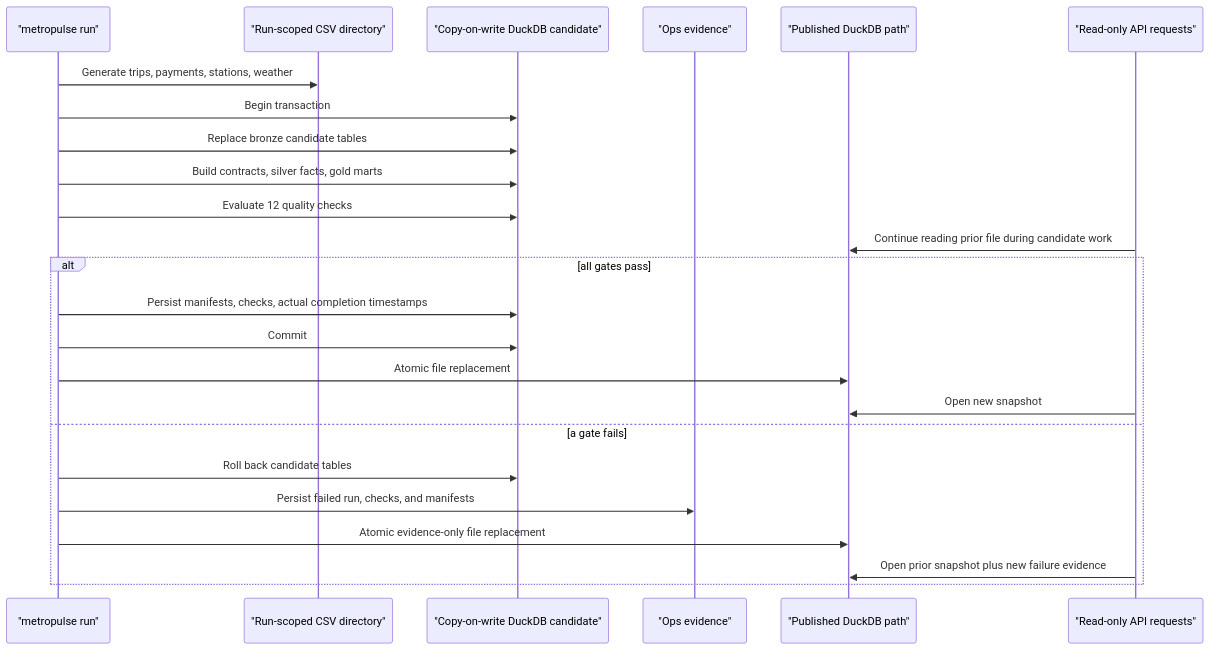
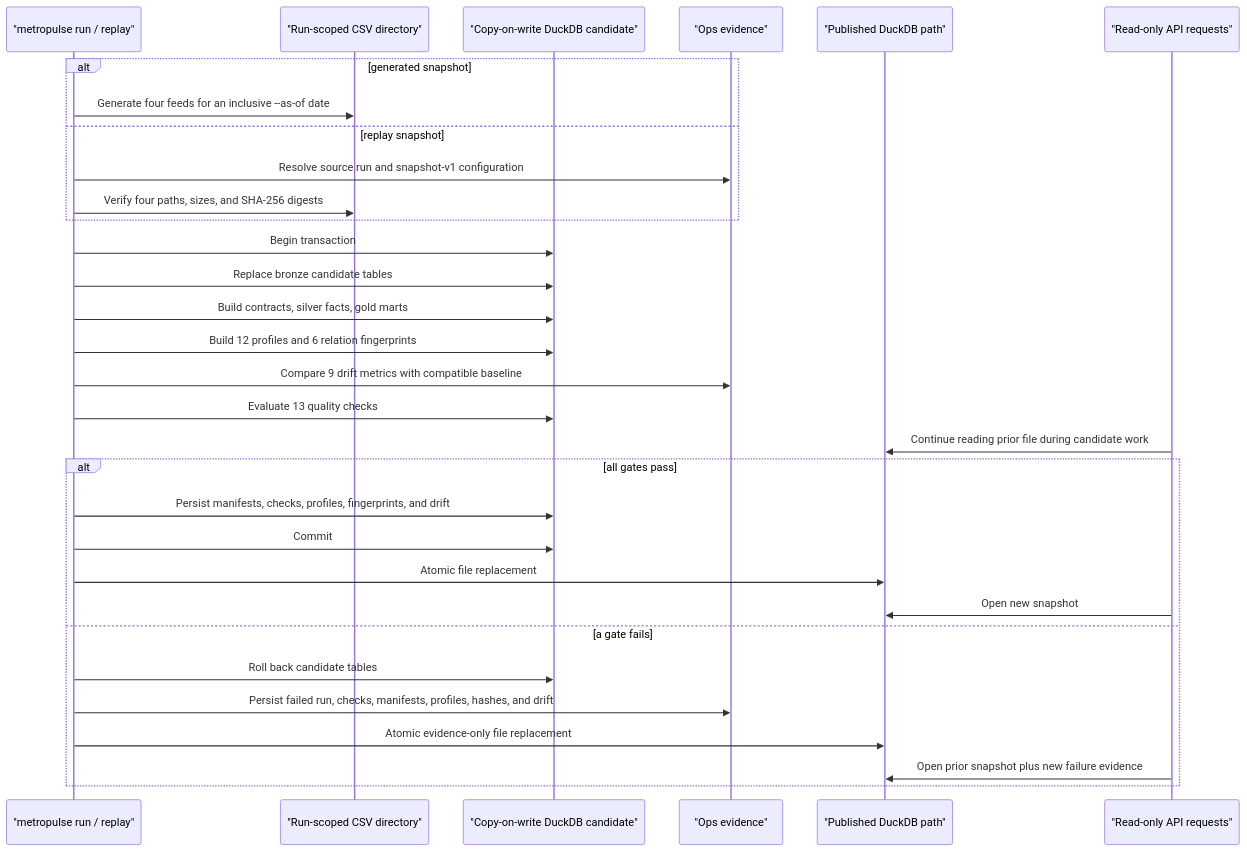
One commit to Yurii201811/metropulse-lakehouse changed the diagram in docs/architecture.md. Above: the diagram before and after it, drawn with Mermaid. The commit also changed other lines of this file and 31 other files, not shown here.

````diff
--- a/docs/architecture.md
+++ b/docs/architecture.md
@@ -9,27 +9,34 @@
 ```mermaid
 sequenceDiagram
-  participant CLI as "metropulse run"
+  participant CLI as "metropulse run / replay"
   participant FS as "Run-scoped CSV directory"
   participant DB as "Copy-on-write DuckDB candidate"
   participant OPS as "Ops evidence"
   participant PUB as "Published DuckDB path"
   participant API as "Read-only API requests"
 
-  CLI->>FS: Generate trips, payments, stations, weather
+  alt generated snapshot
+    CLI->>FS: Generate four feeds for an inclusive --as-of date
+  else replay snapshot
+    CLI->>OPS: Resolve source run and snapshot-v1 configuration
+    CLI->>FS: Verify four paths, sizes, and SHA-256 digests
+  end
   CLI->>DB: Begin transaction
   CLI->>DB: Replace bronze candidate tables
   CLI->>DB: Build contracts, silver facts, gold marts
-  CLI->>DB: Evaluate 12 quality checks
+  CLI->>DB: Build 12 profiles and 6 relation fingerprints
+  CLI->>OPS: Compare 9 drift metrics with compatible baseline
+  CLI->>DB: Evaluate 13 quality checks
   API->>PUB: Continue reading prior file during candidate work
   alt all gates pass
-    CLI->>DB: Persist manifests, checks, actual completion timestamps
+    CLI->>DB: Persist manifests, checks, profiles, fingerprints, and drift
     CLI->>DB: Commit
     CLI->>PUB: Atomic file replacement
     API->>PUB: Open new snapshot
   else a gate fails
     CLI->>DB: Roll back candidate tables
-    CLI->>OPS: Persist failed run, checks, and manifests
+    CLI->>OPS: Persist failed run, checks, manifests, profiles, hashes, and drift
     CLI->>PUB: Atomic evidence-only file replacement
     API->>PUB: Open prior snapshot plus new failure evidence
   end
 ```
````
